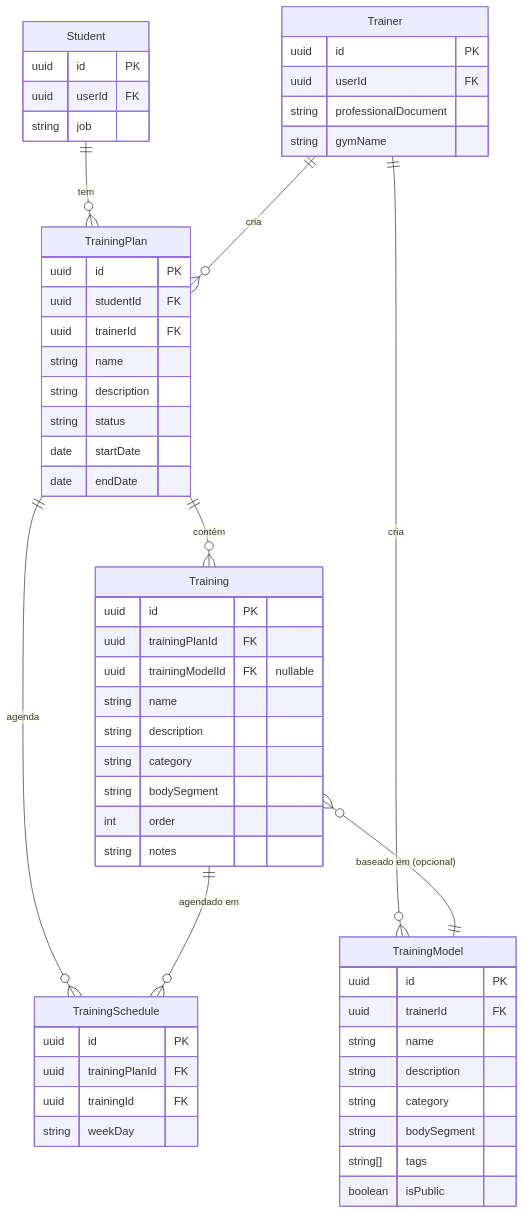
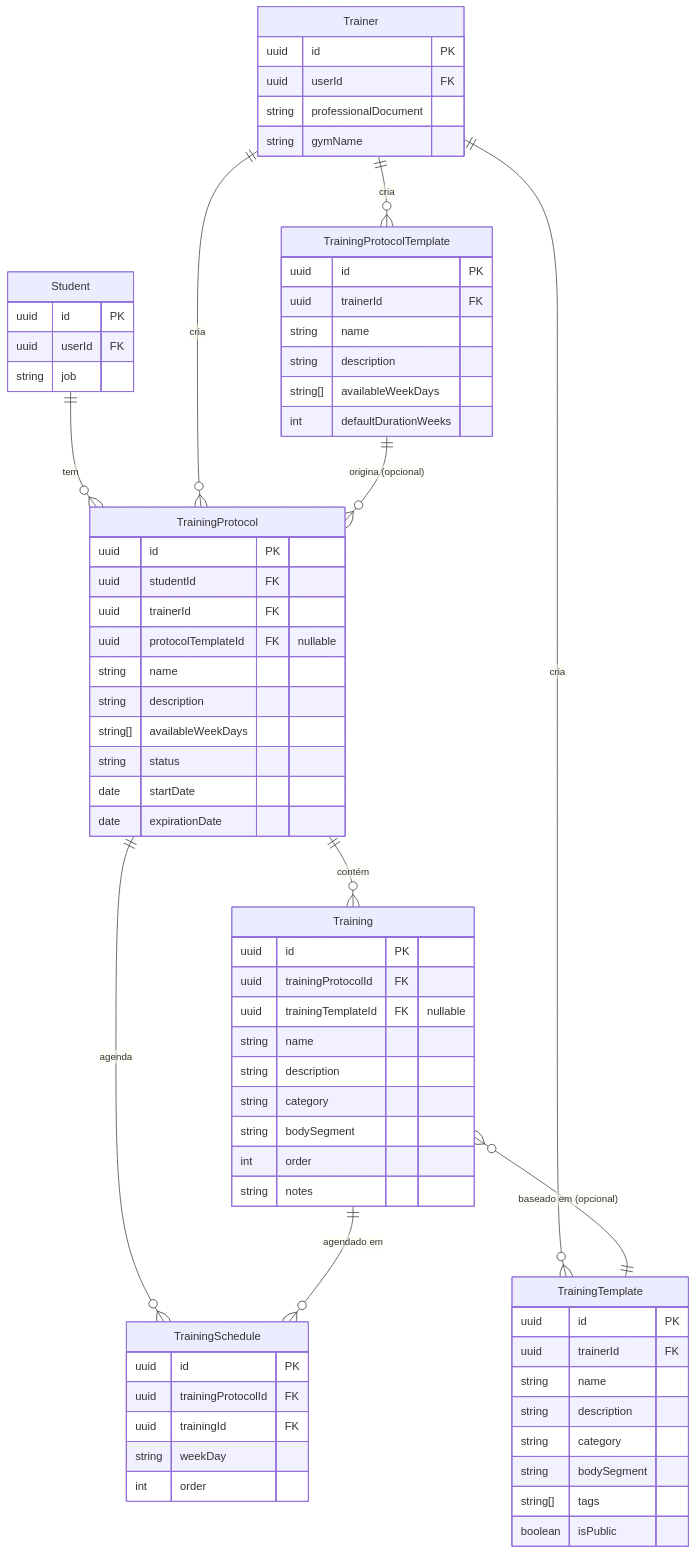
One commit to treinoway/teufit-service changed the first of 6 diagrams in docs/adr/001-training-system-architecture.md. Above: the diagram before and after it, drawn with Mermaid. The commit also changed other lines of this file, not shown here.

Commit message:
Revamp training protocol

````diff
--- a/docs/adr/001-training-system-architecture.md
+++ b/docs/adr/001-training-system-architecture.md
@@ -113,66 +145,81 @@
 ```mermaid
 erDiagram
-    Student ||--o{ TrainingPlan : "tem"
-    Trainer ||--o{ TrainingPlan : "cria"
-    Trainer ||--o{ TrainingModel : "cria"
+    Student ||--o{ TrainingProtocol : "tem"
+    Trainer ||--o{ TrainingProtocol : "cria"
+    Trainer ||--o{ TrainingProtocolTemplate : "cria"
+    Trainer ||--o{ TrainingTemplate : "cria"
 
-    TrainingPlan ||--o{ Training : "contém"
-    TrainingPlan ||--o{ TrainingSchedule : "agenda"
+    TrainingProtocolTemplate ||--o{ TrainingProtocol : "origina (opcional)"
+
+    TrainingProtocol ||--o{ Training : "contém"
+    TrainingProtocol ||--o{ TrainingSchedule : "agenda"
 
     Training ||--o{ TrainingSchedule : "agendado em"
-    Training }o--|| TrainingModel : "baseado em (opcional)"
+    Training }o--|| TrainingTemplate : "baseado em (opcional)"
 
     Student {
         uuid id PK
         uuid userId FK
         string job
     }
 
     Trainer {
         uuid id PK
         uuid userId FK
         string professionalDocument
         string gymName
     }
 
-    TrainingPlan {
+    TrainingProtocolTemplate {
+        uuid id PK
+        uuid trainerId FK
+        string name
+        string description
+        string[] availableWeekDays
+        int defaultDurationWeeks
+    }
+
+    TrainingProtocol {
         uuid id PK
         uuid studentId FK
         uuid trainerId FK
+        uuid protocolTemplateId FK "nullable"
         string name
         string description
+        string[] availableWeekDays
         string status
         date startDate
-        date endDate
+        date expirationDate
     }
 
-    TrainingModel {
+    TrainingTemplate {
         uuid id PK
         uuid trainerId FK
         string name
         string description
         string category
         string bodySegment
         string[] tags
         boolean isPublic
     }
 
     Training {
         uuid id PK
-        uuid trainingPlanId FK
-        uuid trainingModelId FK "nullable"
+        uuid trainingProtocolId FK
+        uuid trainingTemplateId FK "nullable"
         string name
         string description
         string category
         string bodySegment
         int order
         string notes
     }
 
     TrainingSchedule {
         uuid id PK
-        uuid trainingPlanId FK
+        uuid trainingProtocolId FK
         uuid trainingId FK
         string weekDay
+        int order
     }
 ```
````
